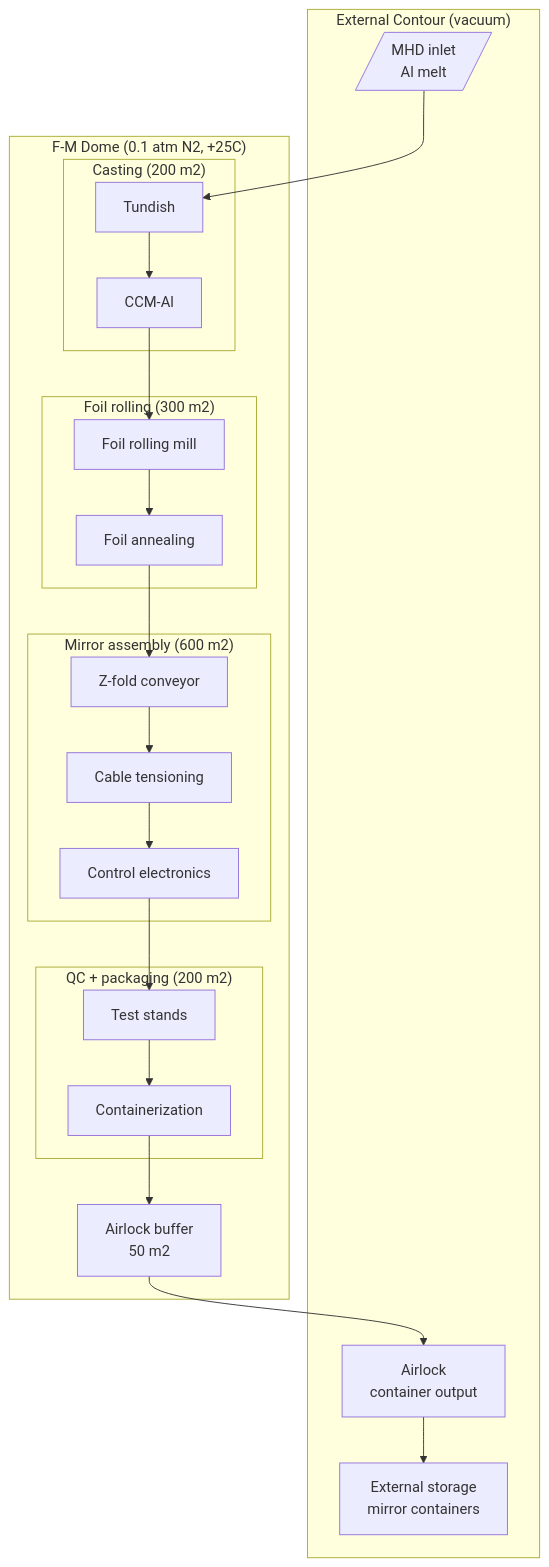
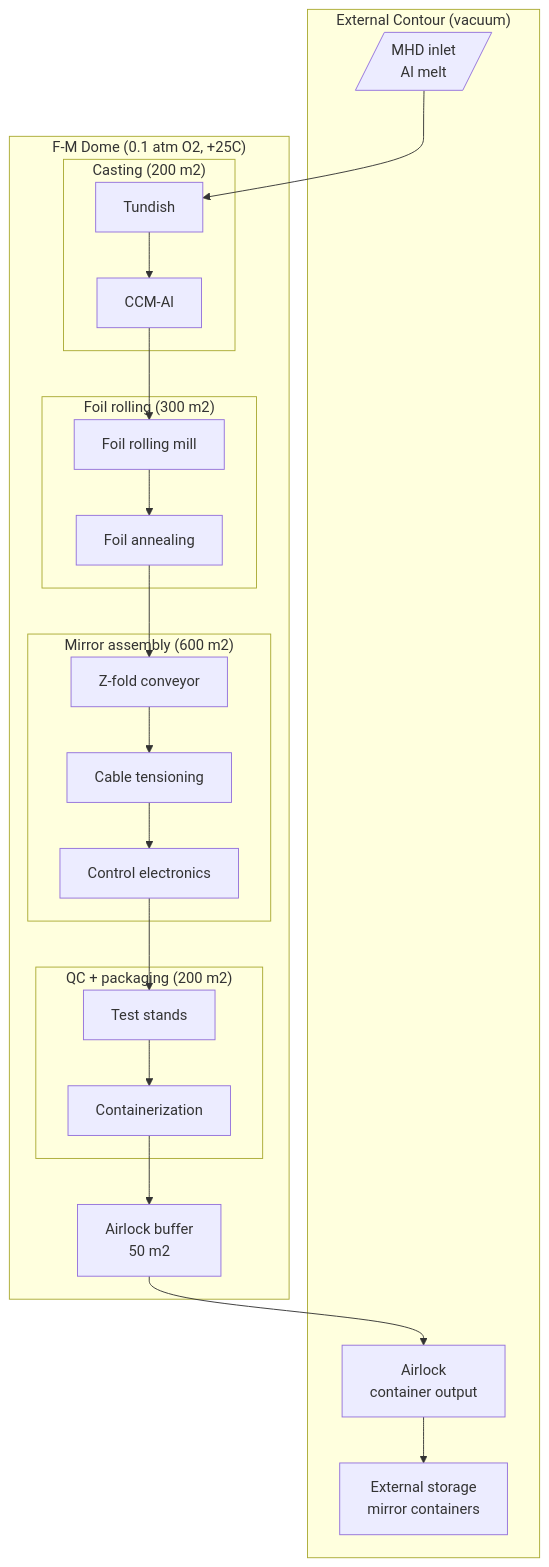
Before and after one commit to DmitryNasikanov/infinite-energy: the second of 3 diagrams in en/science/detailed/production/factories/overview.qmd, drawn with Mermaid. The commit also changed other lines of this file and 71 other files, not shown here.

````diff
--- a/en/science/detailed/production/factories/overview.qmd
+++ b/en/science/detailed/production/factories/overview.qmd
@@ -164,39 +164,39 @@
 ```{mermaid}
 flowchart TD
     subgraph EXTERNAL["External Contour (vacuum)"]
         MHD[/"MHD inlet<br/>Al melt"/]
         LOCK["Airlock<br/>container output"]
         STORAGE["External storage<br/>mirror containers"]
     end
 
-    subgraph DOME["F-M Dome (0.1 atm N2, +25C)"]
+    subgraph DOME["F-M Dome (0.1 atm O2, +25C)"]
         subgraph CASTING["Casting (200 m2)"]
             TUNDISH["Tundish"]
             MNLZ["CCM-Al"]
         end
 
         subgraph FOIL["Foil rolling (300 m2)"]
             ROLL_F["Foil rolling mill"]
             ANNEAL["Foil annealing"]
         end
 
         subgraph ASSEMBLY["Mirror assembly (600 m2)"]
             ZFOLD["Z-fold conveyor"]
             TENSION["Cable tensioning"]
             ELECTRO["Control electronics"]
         end
 
         subgraph QC["QC + packaging (200 m2)"]
             TEST["Test stands"]
             PACK["Containerization"]
         end
 
         BUFFER["Airlock buffer<br/>50 m2"]
     end
 
     MHD --> TUNDISH --> MNLZ
     MNLZ --> ROLL_F --> ANNEAL
     ANNEAL --> ZFOLD --> TENSION --> ELECTRO
     ELECTRO --> TEST --> PACK --> BUFFER --> LOCK
     LOCK --> STORAGE
 ```
````
